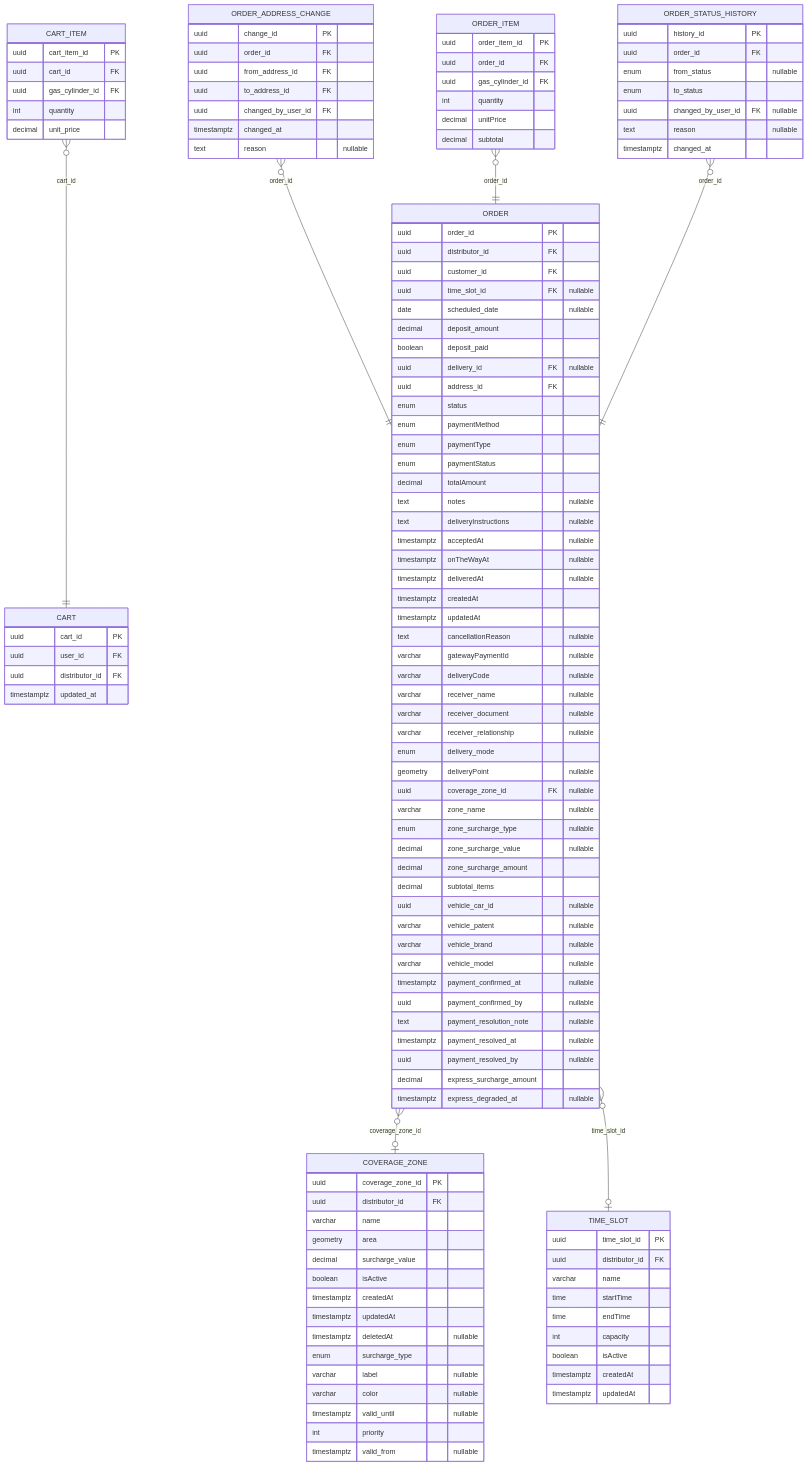
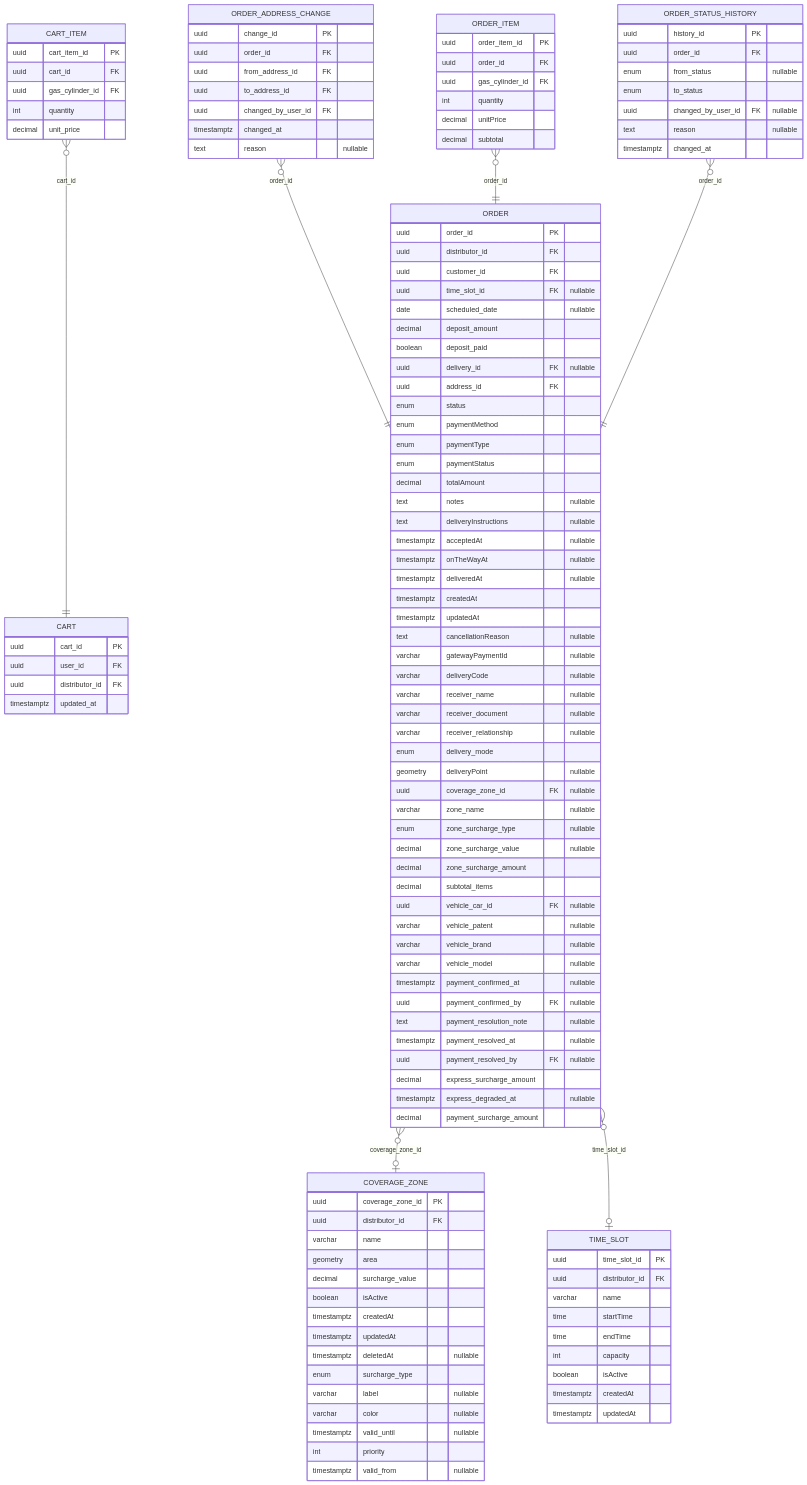
The fourth of 15 diagrams in modelos/base-de-datos/SPLG-der-mermaid.md (Nahuelito-Dev/splg-docs), drawn with Mermaid before and after one commit. The commit also changed other lines of this file and 135 other files, not shown here.

```diff
--- a/modelos/base-de-datos/SPLG-der-mermaid.md
+++ b/modelos/base-de-datos/SPLG-der-mermaid.md
@@ -342,17 +342,18 @@
         decimal zone_surcharge_value "nullable"
         decimal zone_surcharge_amount
         decimal subtotal_items
-        uuid vehicle_car_id "nullable"
+        uuid vehicle_car_id FK "nullable"
         varchar vehicle_patent "nullable"
         varchar vehicle_brand "nullable"
         varchar vehicle_model "nullable"
         timestamptz payment_confirmed_at "nullable"
-        uuid payment_confirmed_by "nullable"
+        uuid payment_confirmed_by FK "nullable"
         text payment_resolution_note "nullable"
         timestamptz payment_resolved_at "nullable"
-        uuid payment_resolved_by "nullable"
+        uuid payment_resolved_by FK "nullable"
         decimal express_surcharge_amount
         timestamptz express_degraded_at "nullable"
+        decimal payment_surcharge_amount
     }
     ORDER_ADDRESS_CHANGE {
         uuid change_id PK
```
